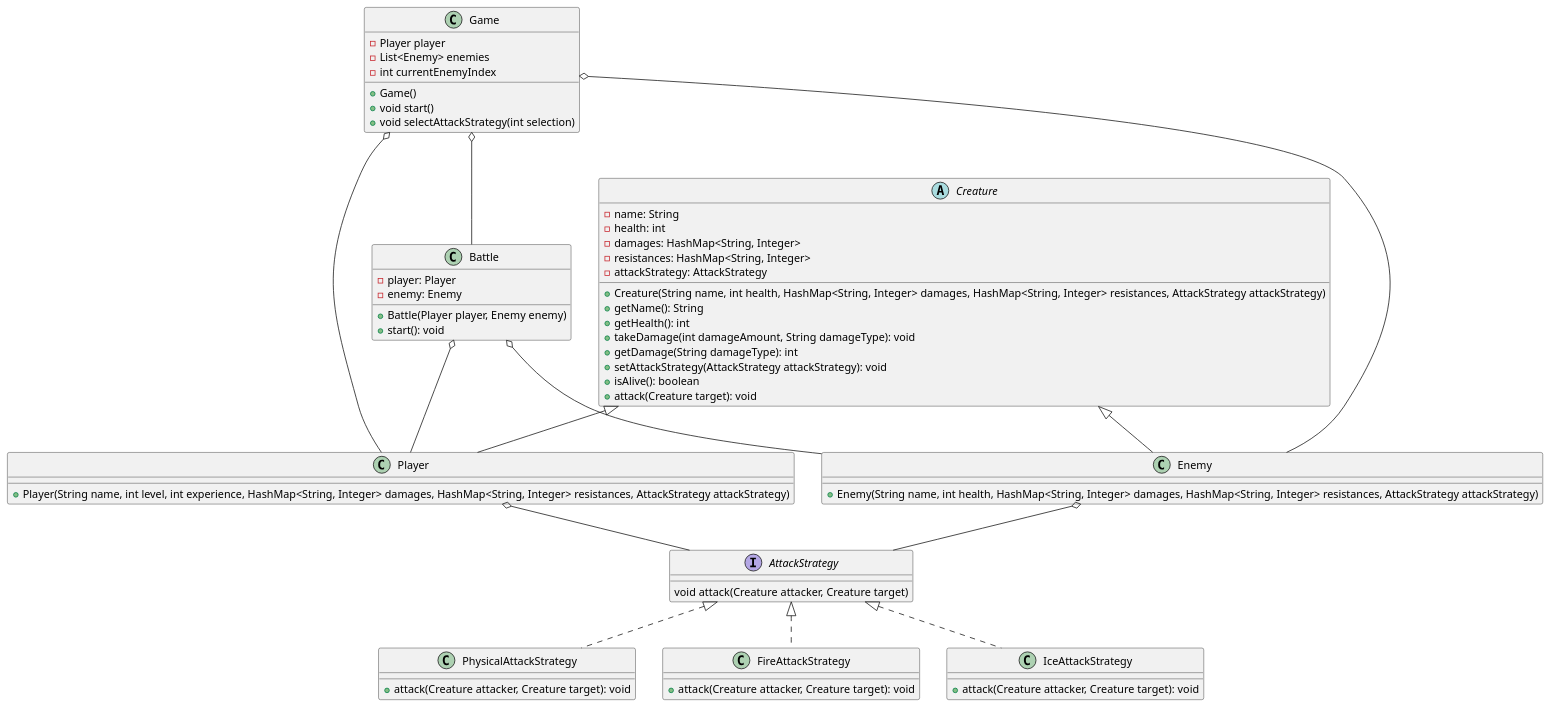
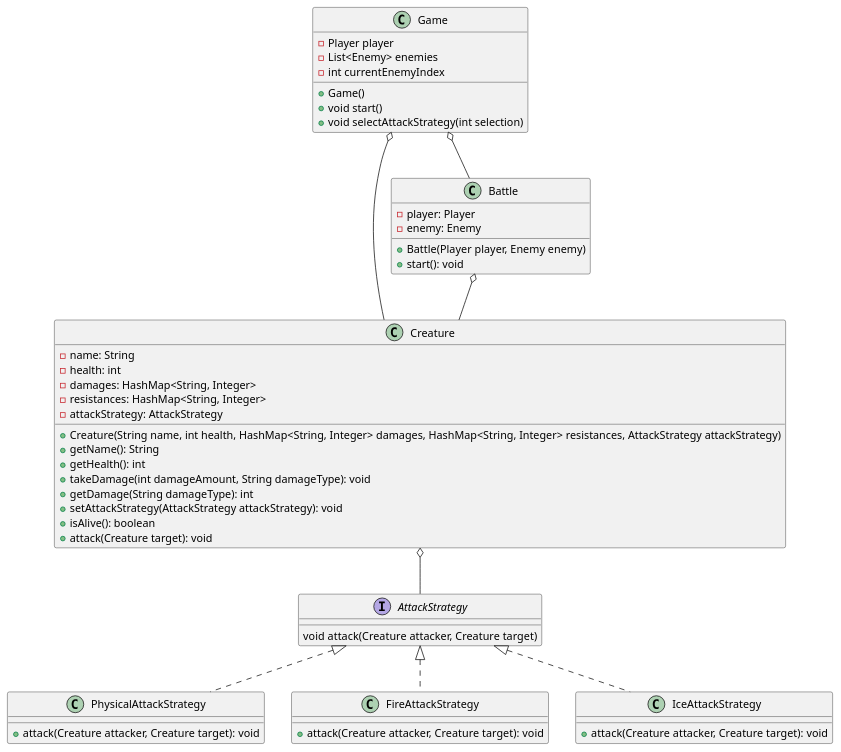
One commit to gabriel-fabian/bertoti changed the diagram in game.puml. Above: the diagram before and after it, drawn with PlantUML. The commit also changed 5 other files, not shown here.

```diff
--- a/game.puml
+++ b/game.puml
@@ -1,72 +1,59 @@
 @startuml Game
 
 interface AttackStrategy {
   void attack(Creature attacker, Creature target)
 }
 
-abstract class Creature {
+class Creature {
   -name: String
   -health: int
   -damages: HashMap<String, Integer>
   -resistances: HashMap<String, Integer>
   -attackStrategy: AttackStrategy
   +Creature(String name, int health, HashMap<String, Integer> damages, HashMap<String, Integer> resistances, AttackStrategy attackStrategy)
   +getName(): String
   +getHealth(): int
   +takeDamage(int damageAmount, String damageType): void
   +getDamage(String damageType): int
   +setAttackStrategy(AttackStrategy attackStrategy): void
   +isAlive(): boolean
   +attack(Creature target): void
-}
-
-class Player {
-  +Player(String name, int level, int experience, HashMap<String, Integer> damages, HashMap<String, Integer> resistances, AttackStrategy attackStrategy)
-}
-
-class Enemy {
-  +Enemy(String name, int health, HashMap<String, Integer> damages, HashMap<String, Integer> resistances, AttackStrategy attackStrategy)
 }
 
 class PhysicalAttackStrategy {
   +attack(Creature attacker, Creature target): void
 }
 
 class FireAttackStrategy {
   +attack(Creature attacker, Creature target): void
 }
 
 class IceAttackStrategy {
   +attack(Creature attacker, Creature target): void
 }
 
 class Battle {
   -player: Player
   -enemy: Enemy
   +Battle(Player player, Enemy enemy)
   +start(): void
 }
 
 class Game {
   -Player player
   -List<Enemy> enemies
   -int currentEnemyIndex
   +Game()
   +void start()
   +void selectAttackStrategy(int selection)
 }
 
-class Player extends Creature
-class Enemy extends Creature
 class PhysicalAttackStrategy implements AttackStrategy
 class FireAttackStrategy implements AttackStrategy
 class IceAttackStrategy implements AttackStrategy
-Player o-- AttackStrategy
-Enemy o-- AttackStrategy
-Game o-- Player
-Game o-- Enemy
+Creature o-- AttackStrategy
+Game o-- Creature
 Game o-- Battle
-Battle o-- Player
-Battle o-- Enemy
+Battle o-- Creature
 
 @enduml
```
